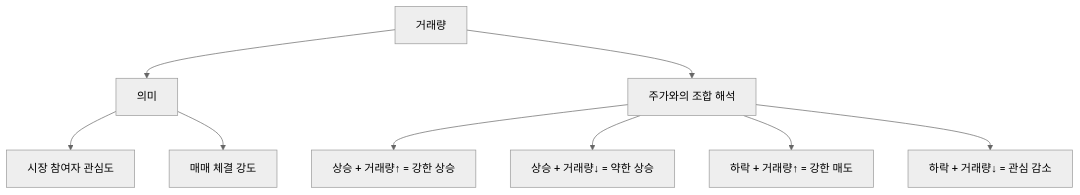
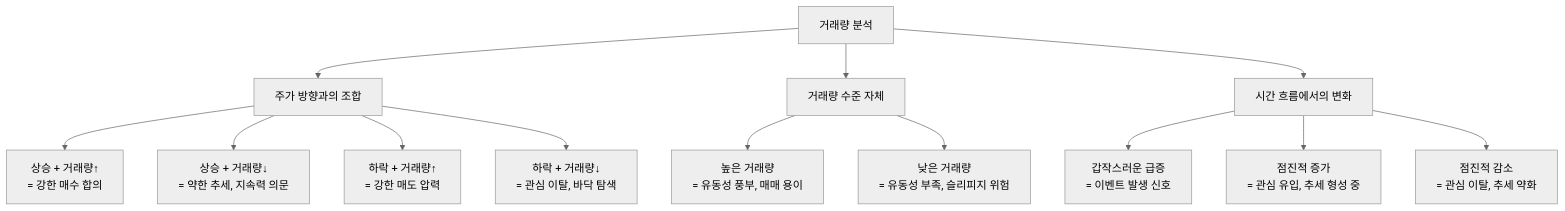
Before and after one commit to yeongseon/stock-visual-note: the diagram in content/stock-terms/ko/level-01-basic/trading-volume.md, drawn with Mermaid (neutral theme). The commit also changed other lines of this file, not shown here.

````diff
--- a/content/stock-terms/ko/level-01-basic/trading-volume.md
+++ b/content/stock-terms/ko/level-01-basic/trading-volume.md
@@ -49,11 +65,20 @@
 ```mermaid
 graph TD
-    A["거래량"] --> B["의미"]
-    A --> C["주가와의 조합 해석"]
-    B --> B1["시장 참여자 관심도"]
-    B --> B2["매매 체결 강도"]
-    C --> C1["상승 + 거래량↑ = 강한 상승"]
-    C --> C2["상승 + 거래량↓ = 약한 상승"]
-    C --> C3["하락 + 거래량↑ = 강한 매도"]
-    C --> C4["하락 + 거래량↓ = 관심 감소"]
+    A["거래량 분석"]
+    
+    A --> B["주가 방향과의 조합"]
+    A --> C["거래량 수준 자체"]
+    A --> D["시간 흐름에서의 변화"]
+    
+    B --> B1["상승 + 거래량↑<br/>= 강한 매수 합의"]
+    B --> B2["상승 + 거래량↓<br/>= 약한 추세, 지속력 의문"]
+    B --> B3["하락 + 거래량↑<br/>= 강한 매도 압력"]
+    B --> B4["하락 + 거래량↓<br/>= 관심 이탈, 바닥 탐색"]
+    
+    C --> C1["높은 거래량<br/>= 유동성 풍부, 매매 용이"]
+    C --> C2["낮은 거래량<br/>= 유동성 부족, 슬리피지 위험"]
+    
+    D --> D1["갑작스러운 급증<br/>= 이벤트 발생 신호"]
+    D --> D2["점진적 증가<br/>= 관심 유입, 추세 형성 중"]
+    D --> D3["점진적 감소<br/>= 관심 이탈, 추세 약화"]
 ```
````
